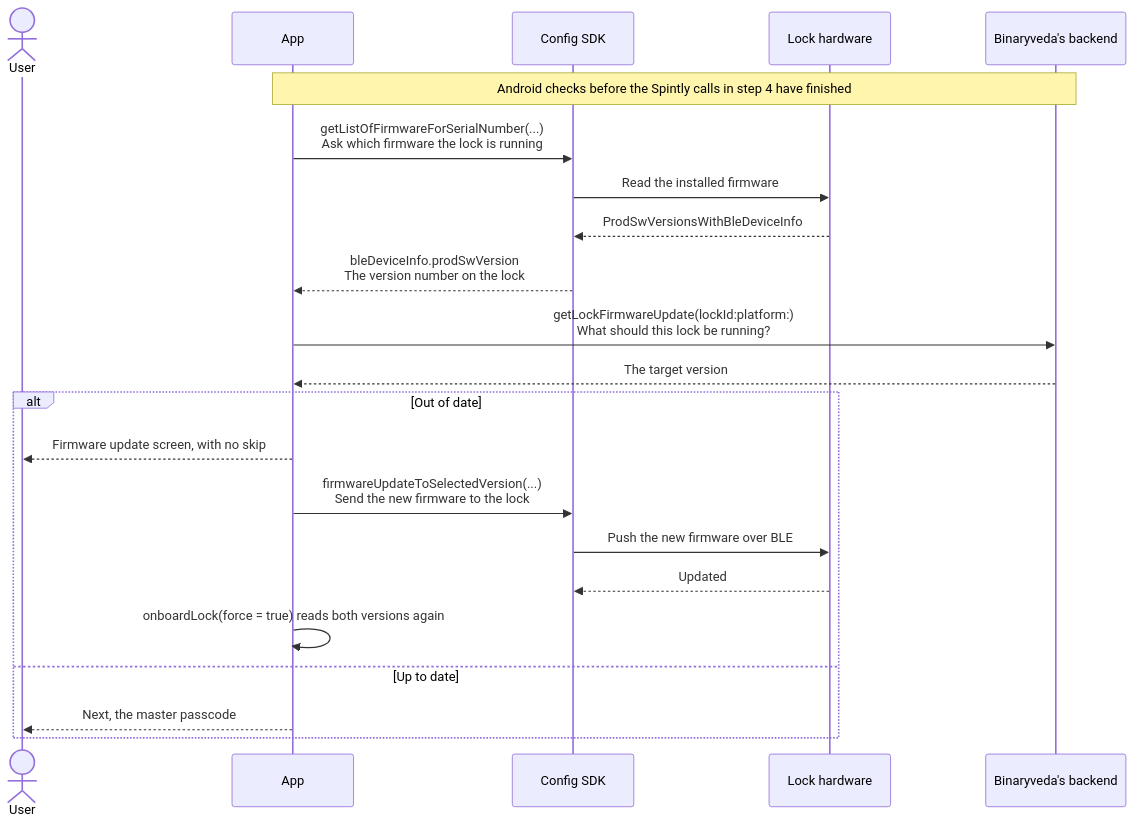
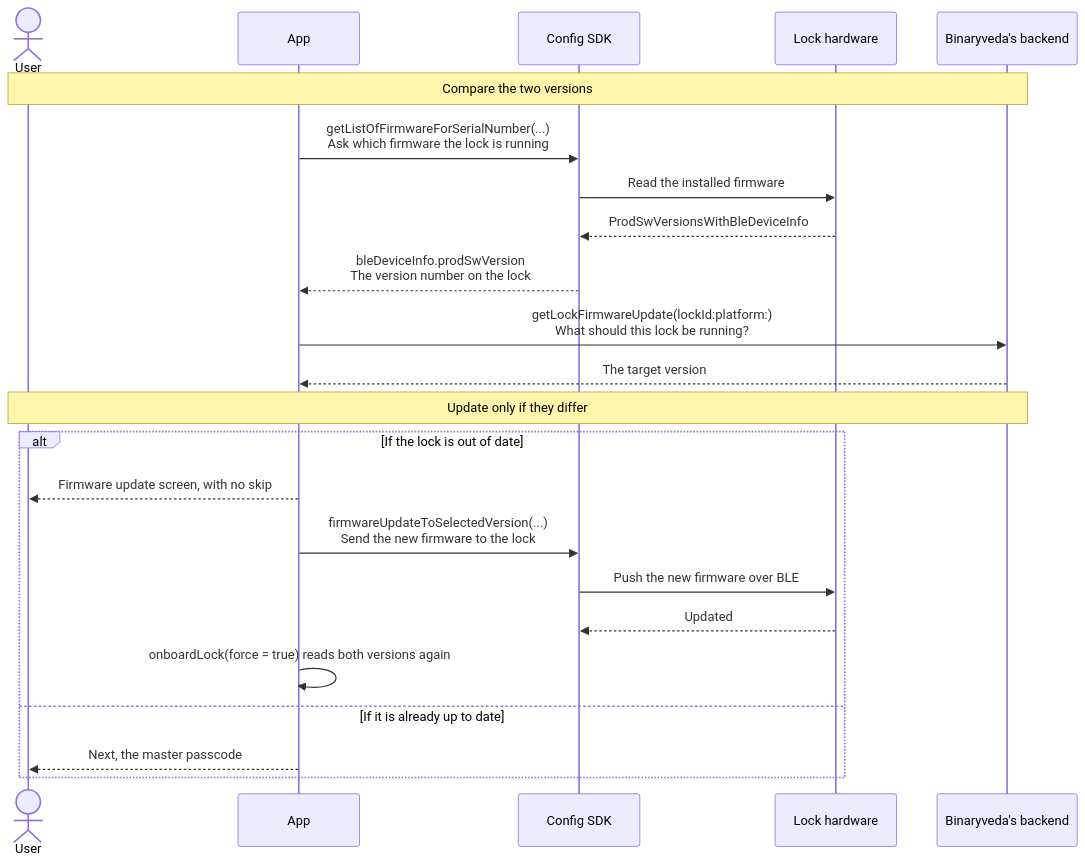
The tenth of 16 diagrams in docs/lock-onboarding.md (Yash-Wadatkar-Binaryveda/sdk-docs-site), drawn with Mermaid before and after one commit. The commit also changed other lines of this file and 7 other files, not shown here.

````diff
--- a/docs/lock-onboarding.md
+++ b/docs/lock-onboarding.md
@@ -389,25 +442,27 @@
     ```mermaid
     sequenceDiagram
         actor U as User
         participant A as App
         participant C as Config SDK
         participant L as Lock hardware
         participant B as Binaryveda's backend
 
-        Note over A,B: Android checks before the Spintly calls in step 4 have finished
+        Note over U,B: Compare the two versions
         A->>C: getListOfFirmwareForSerialNumber(...)<br/>Ask which firmware the lock is running
         C->>L: Read the installed firmware
         L-->>C: ProdSwVersionsWithBleDeviceInfo
         C-->>A: bleDeviceInfo.prodSwVersion<br/>The version number on the lock
         A->>B: getLockFirmwareUpdate(lockId:platform:)<br/>What should this lock be running?
         B-->>A: The target version
-        alt Out of date
+
+        Note over U,B: Update only if they differ
+        alt If the lock is out of date
             A-->>U: Firmware update screen, with no skip
             A->>C: firmwareUpdateToSelectedVersion(...)<br/>Send the new firmware to the lock
             C->>L: Push the new firmware over BLE
             L-->>C: Updated
             A->>A: onboardLock(force = true) reads both versions again
-        else Up to date
+        else If it is already up to date
             A-->>U: Next, the master passcode
         end
     ```
````
